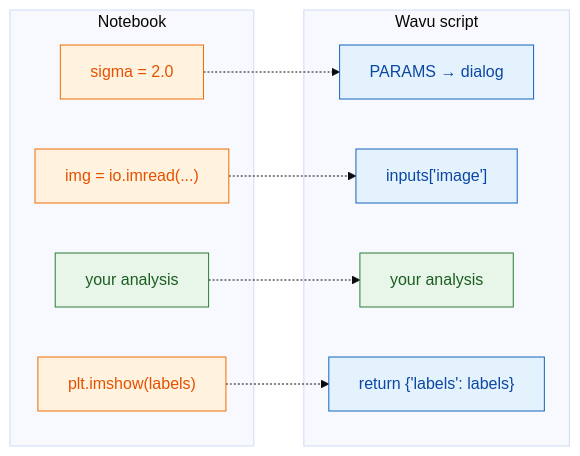
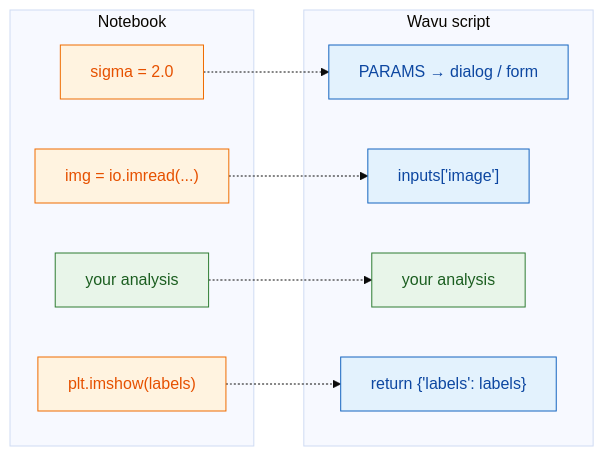
One commit to Oxford-Zeiss-Centre-of-Excellence/Wavu changed the diagram in guide/write/from-notebook.md. Above: the diagram before and after it, drawn with Mermaid (base theme). The commit also changed other lines of this file and 70 other files, not shown here.

````diff
--- a/guide/write/from-notebook.md
+++ b/guide/write/from-notebook.md
@@ -11,23 +12,23 @@
 ```mermaid
 flowchart LR
     subgraph NB["Notebook"]
         A1["sigma = 2.0"]:::script
         A2["img = io.imread(...)"]:::script
         A3["your analysis"]:::worker
         A4["plt.imshow(labels)"]:::script
     end
     subgraph WV["Wavu script"]
-        B1["PARAMS → dialog"]:::fiji
+        B1["PARAMS → dialog / form"]:::fiji
         B2["inputs['image']"]:::fiji
         B3["your analysis"]:::worker
         B4["return {'labels': labels}"]:::fiji
     end
     A1 -.-> B1
     A2 -.-> B2
     A3 -.-> B3
     A4 -.-> B4
 
     classDef fiji   fill:#e3f2fd,stroke:#1565c0,color:#0d47a1
     classDef worker fill:#e8f5e9,stroke:#2e7d32,color:#1b5e20
     classDef script fill:#fff3e0,stroke:#ef6c00,color:#e65100
 ```
````
